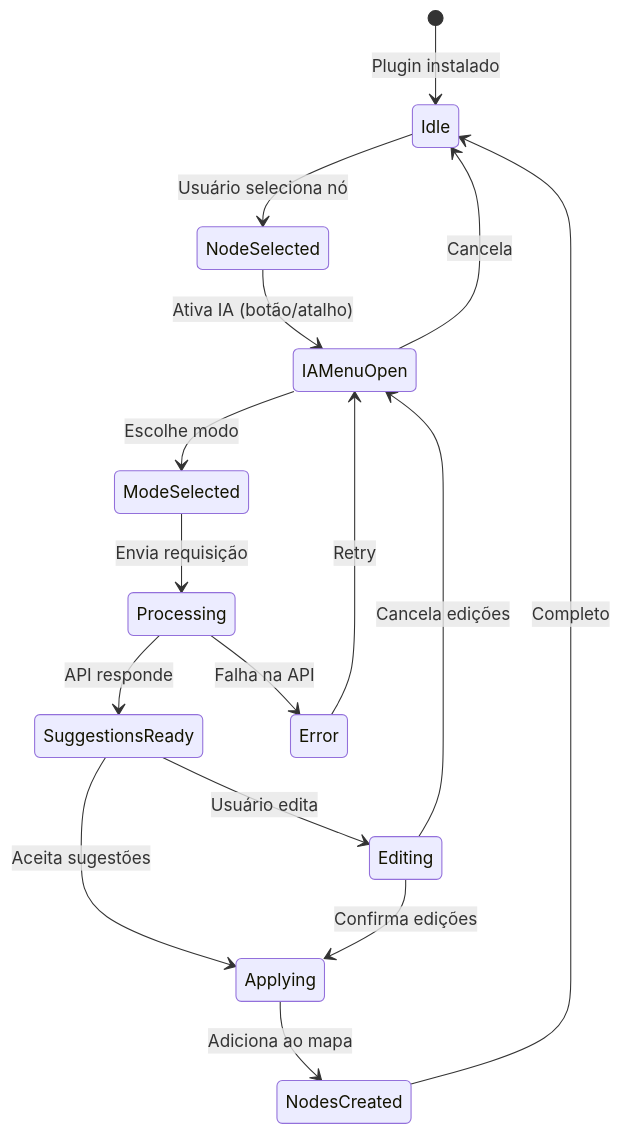
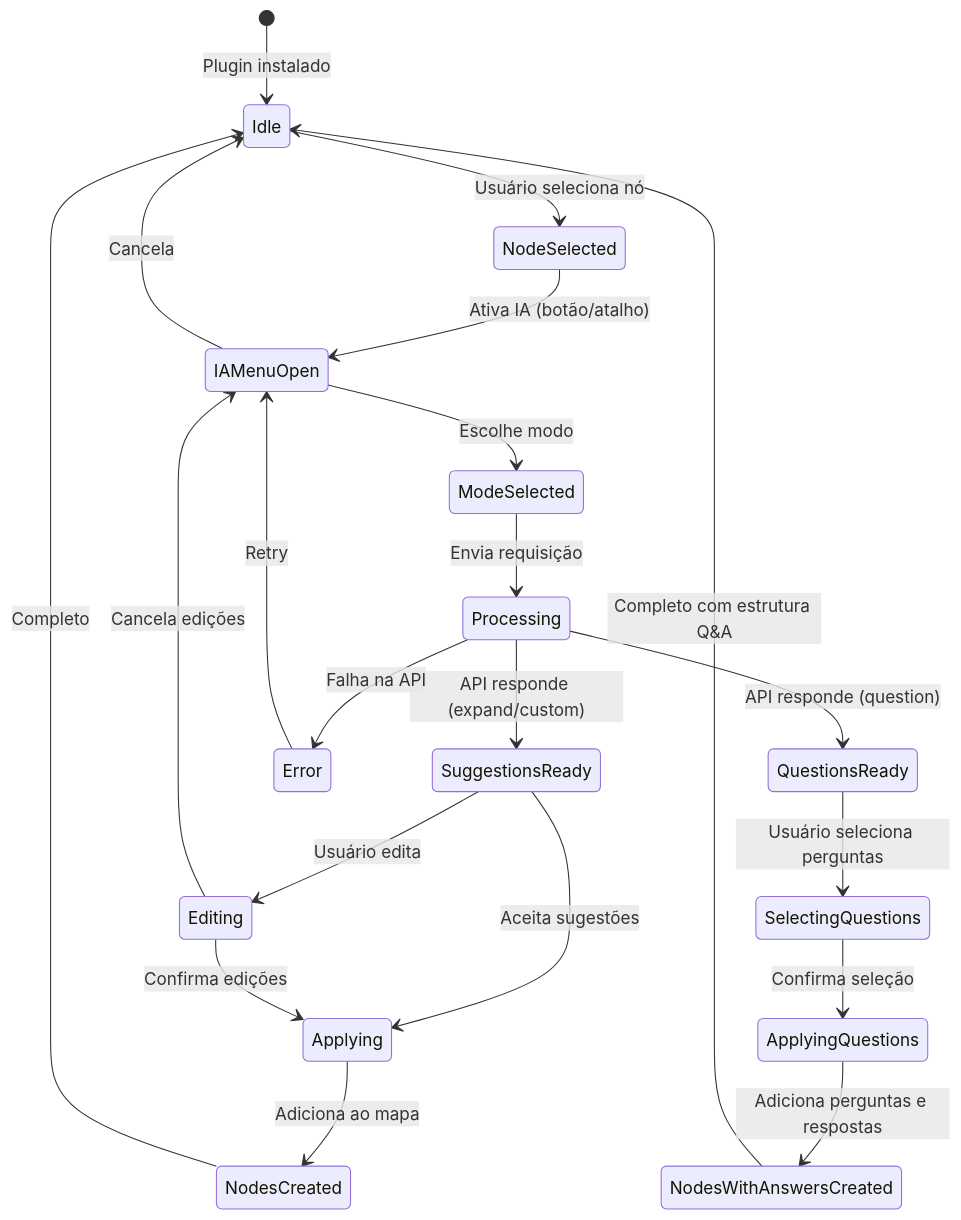
One commit to alexalxs/mind-elixir-core changed the eighth of 8 diagrams in docs/IAAssistant_Seq.md. Above: the diagram before and after it, drawn with Mermaid. The commit also changed other lines of this file and 5 other files, not shown here.

First line of the commit message:
feat: update AI assistant to automatically add nodes and fix question mode

````diff
--- a/docs/IAAssistant_Seq.md
+++ b/docs/IAAssistant_Seq.md
@@ -204,25 +236,31 @@
 ```mermaid
 stateDiagram-v2
     [*] --> Idle: Plugin instalado
     
     Idle --> NodeSelected: Usuário seleciona nó
     NodeSelected --> IAMenuOpen: Ativa IA (botão/atalho)
     
     IAMenuOpen --> ModeSelected: Escolhe modo
     ModeSelected --> Processing: Envia requisição
     
-    Processing --> SuggestionsReady: API responde
+    Processing --> SuggestionsReady: API responde (expand/custom)
+    Processing --> QuestionsReady: API responde (question)
     Processing --> Error: Falha na API
     
     SuggestionsReady --> Editing: Usuário edita
     SuggestionsReady --> Applying: Aceita sugestões
     
+    QuestionsReady --> SelectingQuestions: Usuário seleciona perguntas
+    SelectingQuestions --> ApplyingQuestions: Confirma seleção
+    
     Editing --> Applying: Confirma edições
     Applying --> NodesCreated: Adiciona ao mapa
+    ApplyingQuestions --> NodesWithAnswersCreated: Adiciona perguntas e respostas
     
     NodesCreated --> Idle: Completo
+    NodesWithAnswersCreated --> Idle: Completo com estrutura Q&A
     Error --> IAMenuOpen: Retry
     
     IAMenuOpen --> Idle: Cancela
     Editing --> IAMenuOpen: Cancela edições
 ```
````
